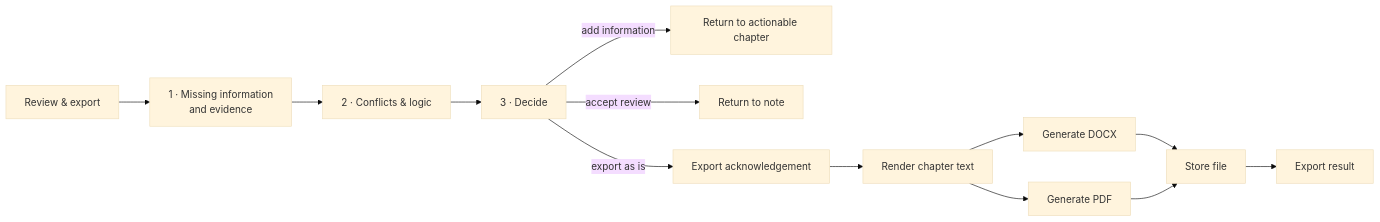
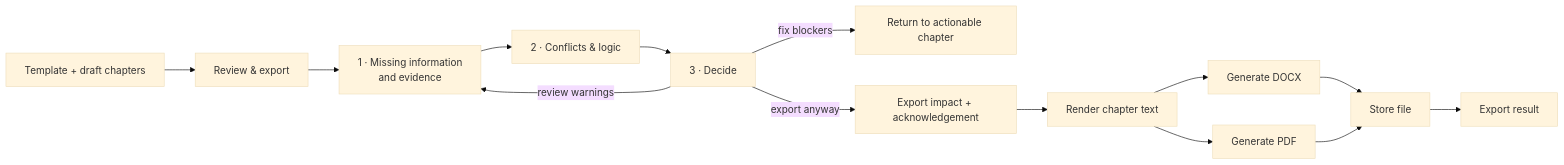
One commit to Open-Earth-Foundation/CityCatalyst changed diagram 14 of 14 in docs/ConceptNoteBuilderArchitecture.md. Above: the diagram before and after it, drawn with Mermaid (base theme). The commit also changed other lines of this file and 17 other files, not shown here.

Commit message:
fix(cnb): harden review and export flow

````diff
--- a/docs/ConceptNoteBuilderArchitecture.md
+++ b/docs/ConceptNoteBuilderArchitecture.md
@@ -2330,15 +2336,16 @@
 ```mermaid
 flowchart LR
-    Trigger["Review & export"] --> Complete["1 · Missing information<br/>and evidence"]
+    Gate["Template + draft chapters"] --> Trigger["Review & export"]
+    Trigger --> Complete["1 · Missing information<br/>and evidence"]
     Complete --> Consistency["2 · Conflicts & logic"]
     Consistency --> Decide["3 · Decide"]
-    Decide -->|add information| Revise["Return to actionable chapter"]
-    Decide -->|accept review| Note["Return to note"]
-    Decide -->|export as is| Preflight["Export acknowledgement"]
+    Decide -->|fix blockers| Revise["Return to actionable chapter"]
+    Decide -->|review warnings| Complete
+    Decide -->|export anyway| Preflight["Export impact + acknowledgement"]
     Preflight --> Render["Render chapter text"]
     Render --> Docx["Generate DOCX"]
     Render --> Pdf["Generate PDF"]
     Docx --> Store["Store file"]
     Pdf --> Store
     Store --> Result["Export result"]
 ```
````
